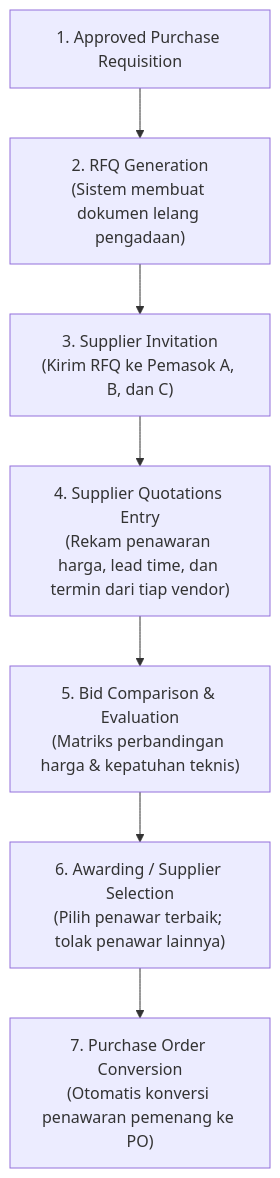
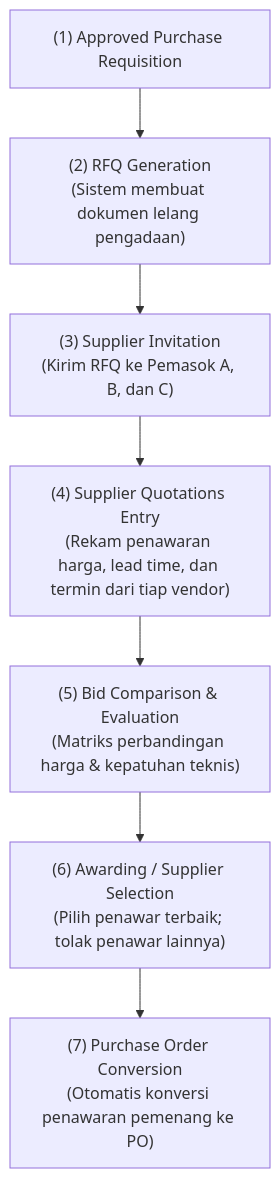
One commit to alimurrofid/erp-notes changed the diagram in content/04-purchasing/request-for-quotation.md. Above: the diagram before and after it, drawn with Mermaid. The commit also changed 132 other files, not shown here.

````diff
--- a/content/04-purchasing/request-for-quotation.md
+++ b/content/04-purchasing/request-for-quotation.md
@@ -29,10 +29,10 @@
 ```mermaid
 flowchart TD
-    PR["1. Approved Purchase Requisition"]
-    --> RFQ["2. RFQ Generation<br/>(Sistem membuat dokumen lelang pengadaan)"]
-    --> Inv["3. Supplier Invitation<br/>(Kirim RFQ ke Pemasok A, B, dan C)"]
-    --> Resp["4. Supplier Quotations Entry<br/>(Rekam penawaran harga, lead time, dan termin dari tiap vendor)"]
-    --> Comp["5. Bid Comparison & Evaluation<br/>(Matriks perbandingan harga & kepatuhan teknis)"]
-    --> Sel["6. Awarding / Supplier Selection<br/>(Pilih penawar terbaik; tolak penawar lainnya)"]
-    --> PO["7. Purchase Order Conversion<br/>(Otomatis konversi penawaran pemenang ke PO)"]
+    PR["(1) Approved Purchase Requisition"]
+    --> RFQ["(2) RFQ Generation<br/>(Sistem membuat dokumen lelang pengadaan)"]
+    --> Inv["(3) Supplier Invitation<br/>(Kirim RFQ ke Pemasok A, B, dan C)"]
+    --> Resp["(4) Supplier Quotations Entry<br/>(Rekam penawaran harga, lead time, dan termin dari tiap vendor)"]
+    --> Comp["(5) Bid Comparison & Evaluation<br/>(Matriks perbandingan harga & kepatuhan teknis)"]
+    --> Sel["(6) Awarding / Supplier Selection<br/>(Pilih penawar terbaik; tolak penawar lainnya)"]
+    --> PO["(7) Purchase Order Conversion<br/>(Otomatis konversi penawaran pemenang ke PO)"]
 ```
````
